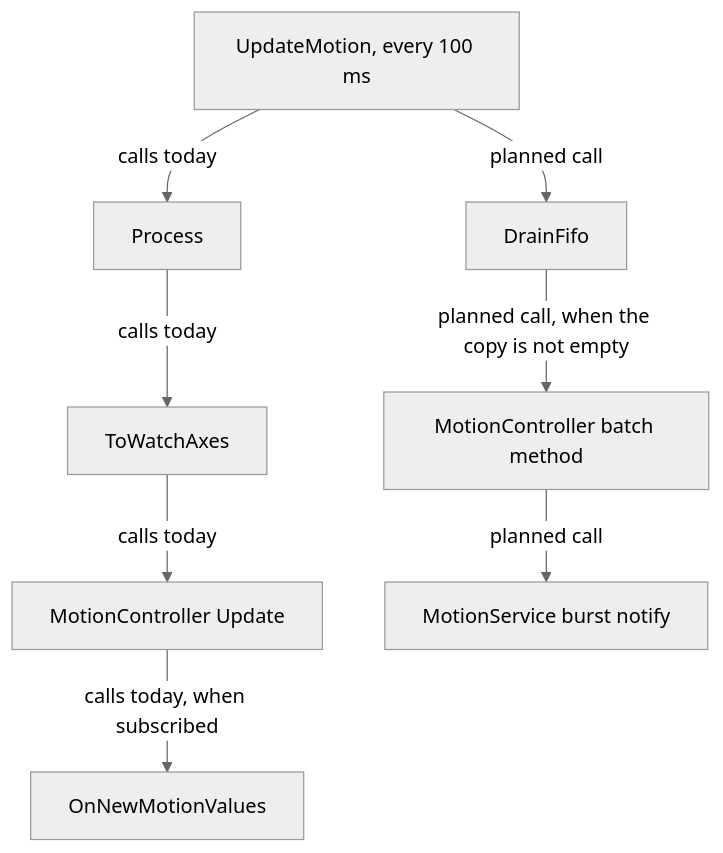
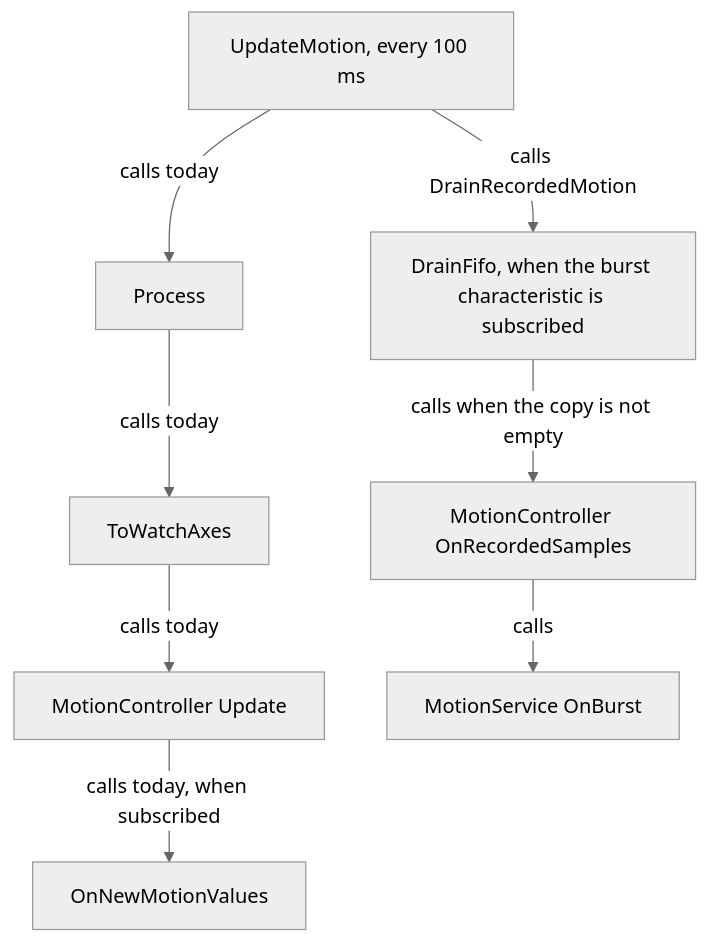
Before and after one commit to John-ambrad/parkinsense_infinitime: the second of 2 diagrams in doc/AccelFifo.md, drawn with Mermaid (neutral theme). The commit also changed other lines of this file and 8 other files, not shown here.

First line of the commit message:
Send a FIFO batch when a phone subscribes to the motion service.

````diff
--- a/doc/AccelFifo.md
+++ b/doc/AccelFifo.md
@@ -46,12 +46,12 @@
 ```mermaid
 flowchart TD
   tick[UpdateMotion, every 100 ms]
   tick -->|calls today| process[Process]
   process -->|calls today| axes[ToWatchAxes]
   axes -->|calls today| update[MotionController Update]
   update -->|calls today, when subscribed| six[OnNewMotionValues]
 
-  tick -->|planned call| drain[DrainFifo]
-  drain -->|planned call, when the copy is not empty| forward[MotionController batch method]
-  forward -->|planned call| send[MotionService burst notify]
+  tick -->|calls DrainRecordedMotion| drain[DrainFifo, when the burst characteristic is subscribed]
+  drain -->|calls when the copy is not empty| forward[MotionController OnRecordedSamples]
+  forward -->|calls| send[MotionService OnBurst]
 ```
````
